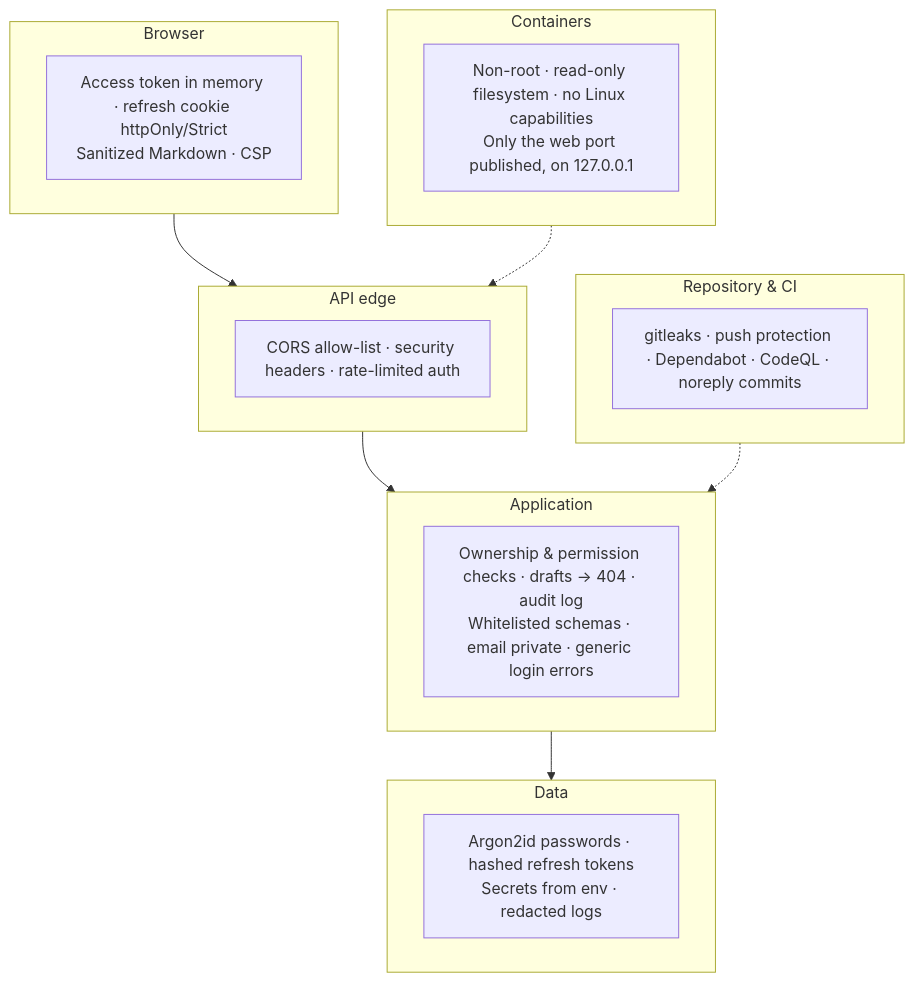
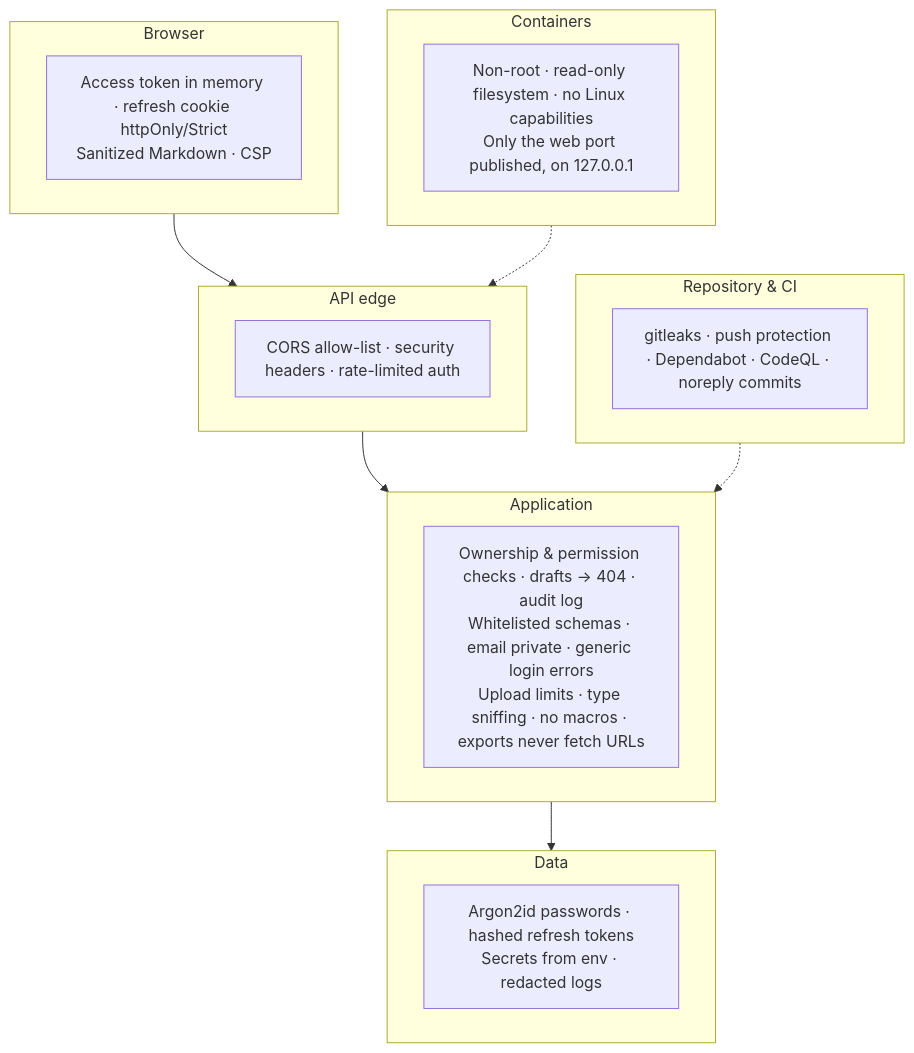
One commit to mr-laboratory/nebula changed diagram 18 of 21 in docs/architecture.md. Above: the diagram before and after it, drawn with Mermaid. The commit also changed other lines of this file and 4 other files, not shown here.

````diff
--- a/docs/architecture.md
+++ b/docs/architecture.md
@@ -300,24 +330,24 @@
 ```mermaid
 flowchart TB
     subgraph Browser
         B1["Access token in memory · refresh cookie httpOnly/Strict<br/>Sanitized Markdown · CSP"]
     end
     subgraph Edge["API edge"]
         B2["CORS allow-list · security headers · rate-limited auth"]
     end
     subgraph App["Application"]
-        B3["Ownership & permission checks · drafts → 404 · audit log<br/>Whitelisted schemas · email private · generic login errors"]
+        B3["Ownership & permission checks · drafts → 404 · audit log<br/>Whitelisted schemas · email private · generic login errors<br/>Upload limits · type sniffing · no macros · exports never fetch URLs"]
     end
     subgraph Data
         B4["Argon2id passwords · hashed refresh tokens<br/>Secrets from env · redacted logs"]
     end
     subgraph Repo["Repository & CI"]
         B5["gitleaks · push protection · Dependabot · CodeQL · noreply commits"]
     end
     subgraph Runtime["Containers"]
         B6["Non-root · read-only filesystem · no Linux capabilities<br/>Only the web port published, on 127.0.0.1"]
     end
     Browser --> Edge --> App --> Data
     Repo -.-> App
     Runtime -.-> Edge
 ```
````
